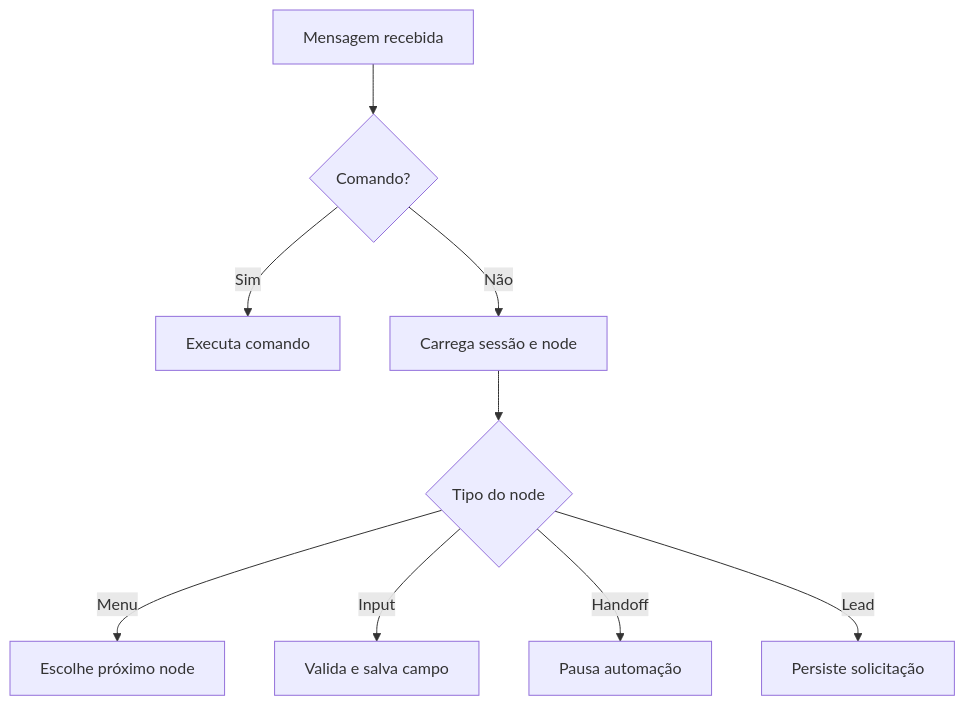
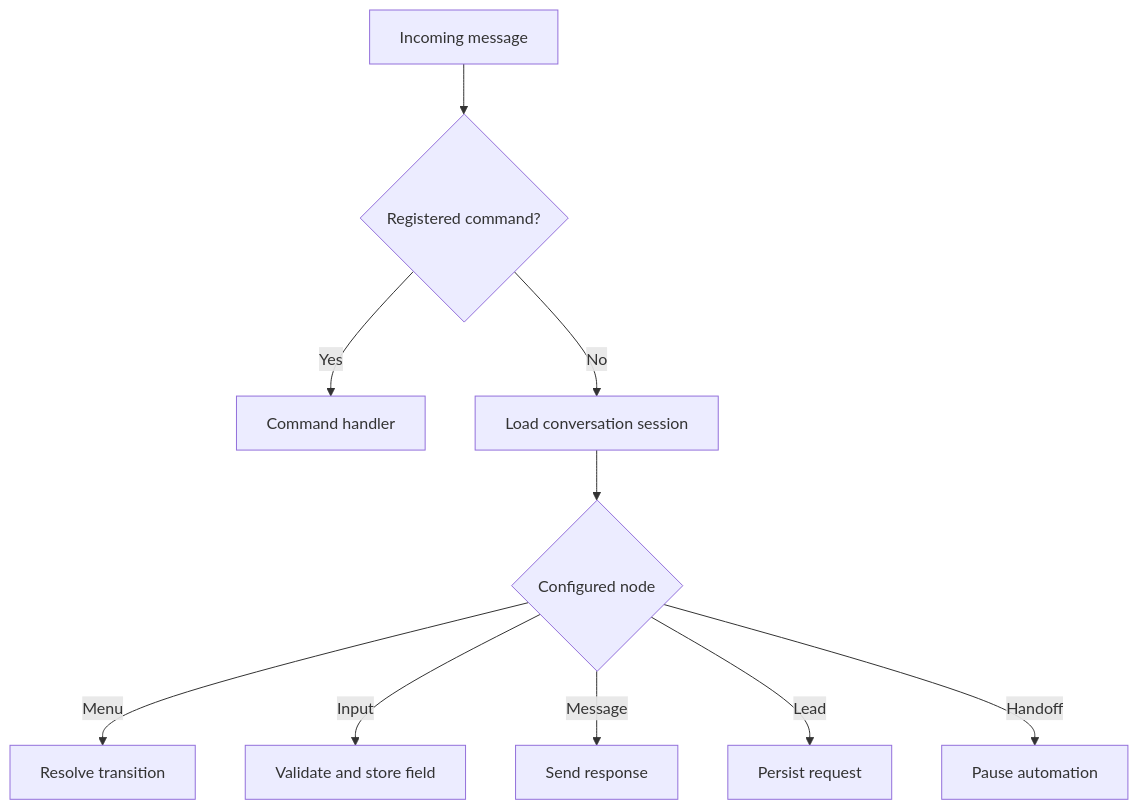
One commit to ericnacif/template-bot-whatsapp changed the diagram in README.md. Above: the diagram before and after it, drawn with Mermaid. The commit also changed other lines of this file and 2 other files, not shown here.

````diff
--- a/README.md
+++ b/README.md
@@ -165,11 +48,12 @@
 ```mermaid
 flowchart TD
-    A[Mensagem recebida] --> B{Comando?}
-    B -->|Sim| C[Executa comando]
-    B -->|Não| D[Carrega sessão e node]
-    D --> E{Tipo do node}
-    E -->|Menu| F[Escolhe próximo node]
-    E -->|Input| G[Valida e salva campo]
-    E -->|Handoff| H[Pausa automação]
-    E -->|Lead| I[Persiste solicitação]
+    A[Incoming message] --> B{Registered command?}
+    B -->|Yes| C[Command handler]
+    B -->|No| D[Load conversation session]
+    D --> E{Configured node}
+    E -->|Menu| F[Resolve transition]
+    E -->|Input| G[Validate and store field]
+    E -->|Message| H[Send response]
+    E -->|Lead| I[Persist request]
+    E -->|Handoff| J[Pause automation]
 ```
````
